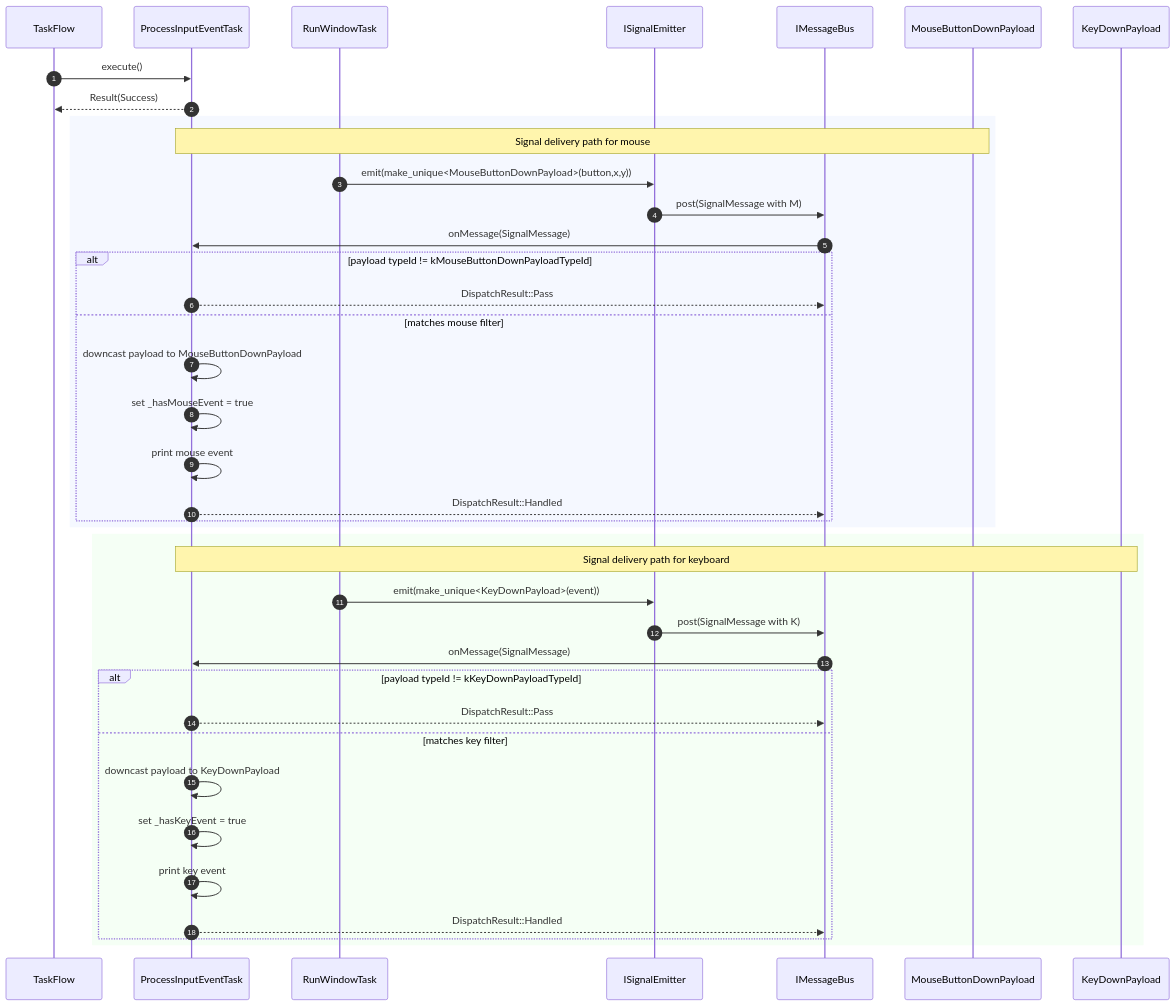
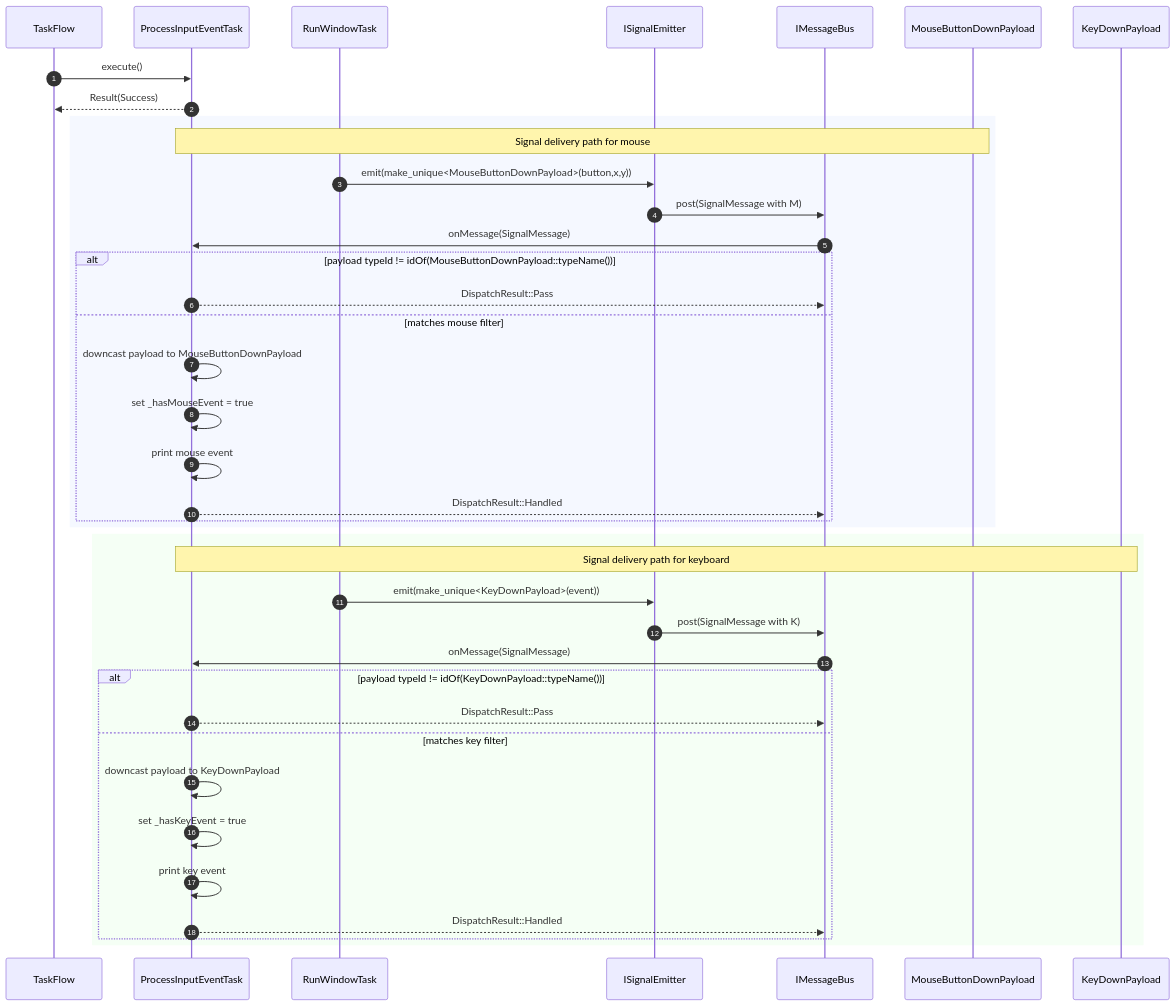
Before and after one commit to vigine-dev/Vigine: the diagram in doc/sequence/window/processinputeventtask.md, drawn with Mermaid. The commit also changed 3 other files, not shown here.

First line of the commit message:
Refresh stale doc refs to removed kPayloadTypeId constants (#367)

````diff
--- a/doc/sequence/window/processinputeventtask.md
+++ b/doc/sequence/window/processinputeventtask.md
@@ -3,44 +3,44 @@
 ```mermaid
 sequenceDiagram
 autonumber
 participant Caller as TaskFlow
 participant T as ProcessInputEventTask
 participant Run as RunWindowTask
 participant Emitter as ISignalEmitter
 participant Bus as IMessageBus
 participant M as MouseButtonDownPayload
 participant K as KeyDownPayload
 
 Caller->>T: execute()
 T-->>Caller: Result(Success)
 
 rect rgb(245, 248, 255)
 Note over T,M: Signal delivery path for mouse
 Run->>Emitter: emit(make_unique<MouseButtonDownPayload>(button,x,y))
 Emitter->>Bus: post(SignalMessage with M)
 Bus->>T: onMessage(SignalMessage)
-alt payload typeId != kMouseButtonDownPayloadTypeId
+alt payload typeId != idOf(MouseButtonDownPayload::typeName())
   T-->>Bus: DispatchResult::Pass
 else matches mouse filter
   T->>T: downcast payload to MouseButtonDownPayload
   T->>T: set _hasMouseEvent = true
   T->>T: print mouse event
   T-->>Bus: DispatchResult::Handled
 end
 end
 
 rect rgb(245, 255, 245)
 Note over T,K: Signal delivery path for keyboard
 Run->>Emitter: emit(make_unique<KeyDownPayload>(event))
 Emitter->>Bus: post(SignalMessage with K)
 Bus->>T: onMessage(SignalMessage)
-alt payload typeId != kKeyDownPayloadTypeId
+alt payload typeId != idOf(KeyDownPayload::typeName())
   T-->>Bus: DispatchResult::Pass
 else matches key filter
   T->>T: downcast payload to KeyDownPayload
   T->>T: set _hasKeyEvent = true
   T->>T: print key event
   T-->>Bus: DispatchResult::Handled
 end
 end
 ```
````
